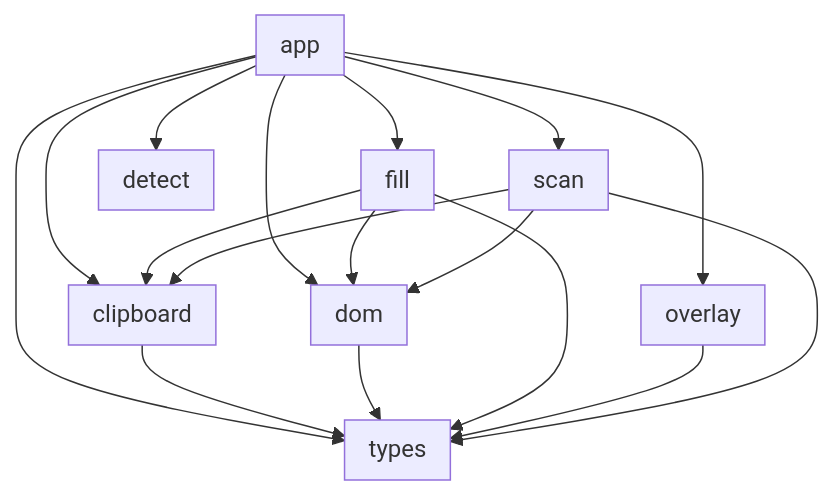
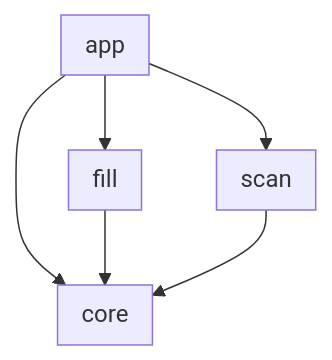
Before and after one commit to datalackey/fill-form-bookmarklet: the first of 6 diagrams in README.md, drawn with Mermaid. The commit also changed other lines of this file and 19 other files, not shown here.

````diff
--- a/README.md
+++ b/README.md
@@ -101,36 +98,17 @@
 ```mermaid
 flowchart TB
   subgraph app["app"]
   end
-  subgraph clipboard["clipboard"]
-  end
-  subgraph detect["detect"]
-  end
-  subgraph dom["dom"]
+  subgraph core["core"]
   end
   subgraph fill["fill"]
   end
-  subgraph overlay["overlay"]
-  end
   subgraph scan["scan"]
   end
-  subgraph types["types"]
-  end
 
-  app --> clipboard
-  app --> detect
-  app --> dom
+  app --> core
   app --> fill
-  app --> overlay
   app --> scan
-  app --> types
-  clipboard --> types
-  dom --> types
-  fill --> clipboard
-  fill --> dom
-  fill --> types
-  overlay --> types
-  scan --> clipboard
-  scan --> dom
-  scan --> types
+  fill --> core
+  scan --> core
 ```
````
